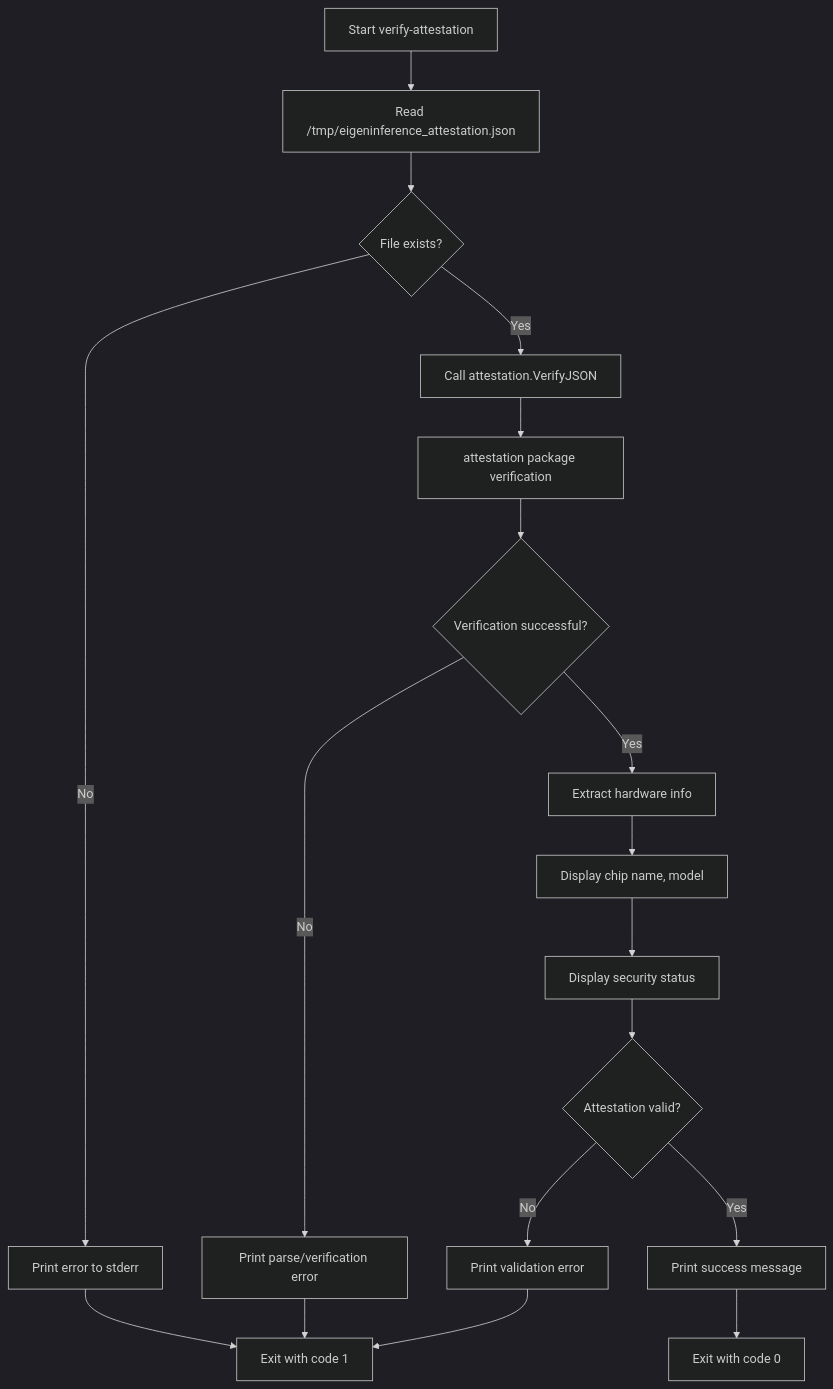
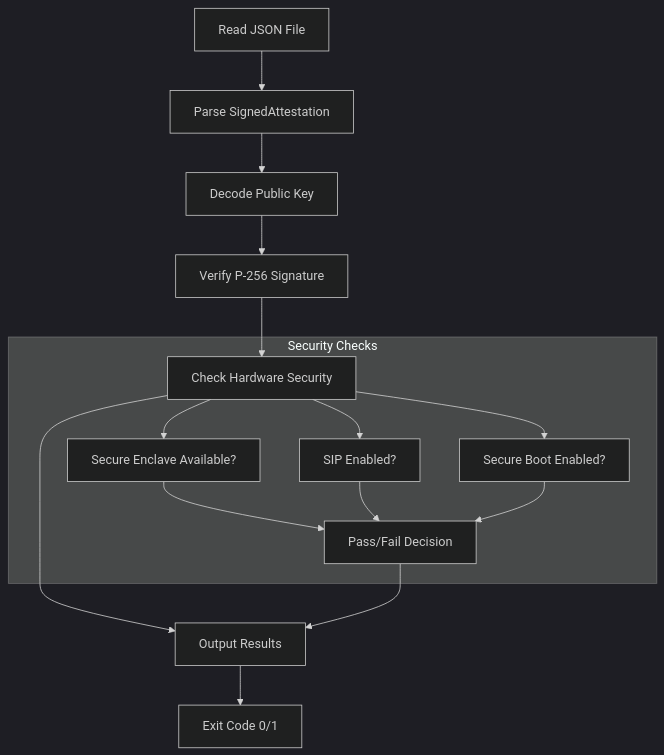
The diagram in artifacts/d-inference/service_analyses/verify-attestation.md (researchoors/knowledge-maintenance), drawn with Mermaid (dark theme) before and after one commit. The commit also changed other lines of this file and 23 other files, not shown here.

````diff
--- a/artifacts/d-inference/service_analyses/verify-attestation.md
+++ b/artifacts/d-inference/service_analyses/verify-attestation.md
@@ -33,20 +45,20 @@
 ```mermaid
-graph TD
-    A[Start verify-attestation] --> B[Read /tmp/eigeninference_attestation.json]
-    B --> C{File exists?}
-    C -->|No| D[Print error to stderr]
-    D --> E[Exit with code 1]
-    C -->|Yes| F[Call attestation.VerifyJSON]
-    F --> G[attestation package verification]
-    G --> H{Verification successful?}
-    H -->|No| I[Print parse/verification error]
-    I --> E
-    H -->|Yes| J[Extract hardware info]
-    J --> K[Display chip name, model]
-    K --> L[Display security status]
-    L --> M{Attestation valid?}
-    M -->|Yes| N[Print success message]
-    N --> O[Exit with code 0]
-    M -->|No| P[Print validation error]
-    P --> E
+flowchart TD
+    A[Read JSON File] --> B[Parse SignedAttestation]
+    B --> C[Decode Public Key]
+    C --> D[Verify P-256 Signature]
+    D --> E[Check Hardware Security]
+    E --> F[Output Results]
+    
+    subgraph "Security Checks"
+    E --> E1[Secure Enclave Available?]
+    E --> E2[SIP Enabled?]
+    E --> E3[Secure Boot Enabled?]
+    E1 --> G[Pass/Fail Decision]
+    E2 --> G
+    E3 --> G
+    end
+    
+    G --> F
+    F --> H[Exit Code 0/1]
 ```
````
